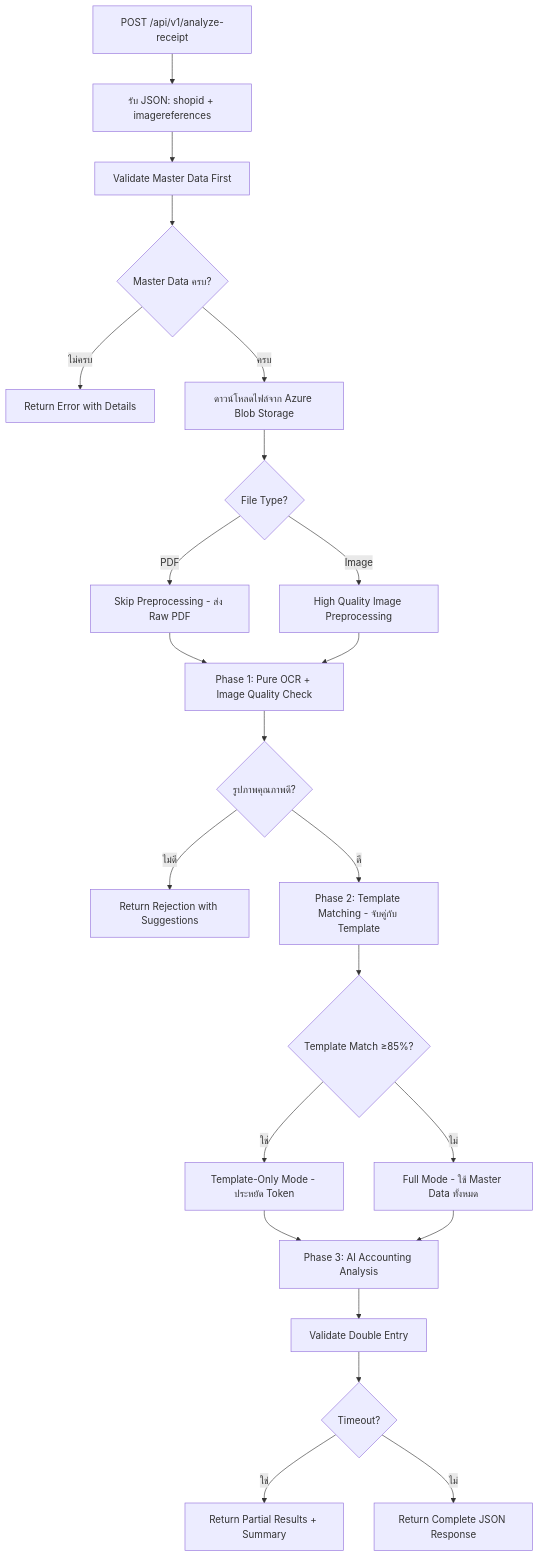
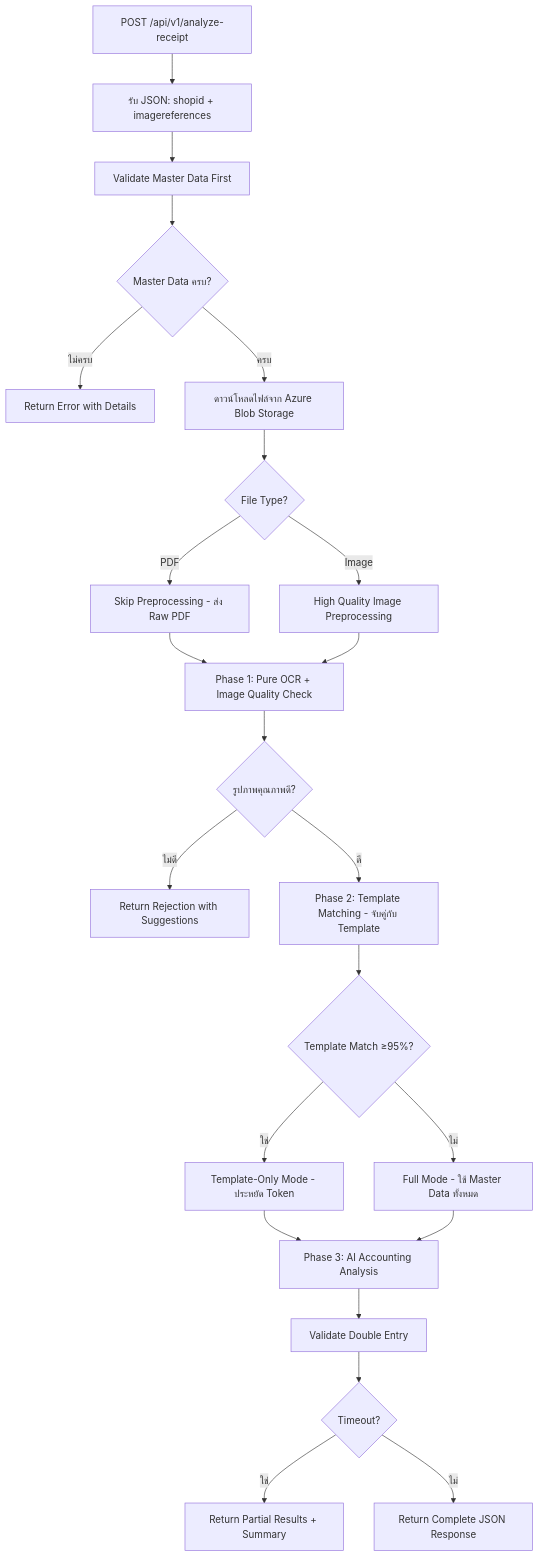
The first of 2 diagrams in docs/SYSTEM_DESIGN.md (bosocmputer/account_ocr_gemini), drawn with Mermaid before and after one commit. The commit also changed other lines of this file and 14 other files, not shown here.

First line of the commit message:
Raise template match threshold to 95% and update docs

````diff
--- a/docs/SYSTEM_DESIGN.md
+++ b/docs/SYSTEM_DESIGN.md
@@ -11,25 +11,25 @@
 ```mermaid
 flowchart TD
     A[POST /api/v1/analyze-receipt] --> B[รับ JSON: shopid + imagereferences]
     B --> C[Validate Master Data First]
     C --> D{Master Data ครบ?}
     D -->|ไม่ครบ| E[Return Error with Details]
     D -->|ครบ| F[ดาวน์โหลดไฟล์จาก Azure Blob Storage]
     F --> F1{File Type?}
     F1 -->|PDF| F2[Skip Preprocessing - ส่ง Raw PDF]
     F1 -->|Image| F3[High Quality Image Preprocessing]
     F2 --> G[Phase 1: Pure OCR + Quality Check]
     F3 --> G[Phase 1: Pure OCR + Image Quality Check]
     G --> H{รูปภาพคุณภาพดี?}
     H -->|ไม่ดี| I[Return Rejection with Suggestions]
     H -->|ดี| J[Phase 2: Template Matching - จับคู่กับ Template]
-    J --> K{Template Match ≥85%?}
+    J --> K{Template Match ≥95%?}
     K -->|ใช่| L[Template-Only Mode - ประหยัด Token]
     K -->|ไม่| M[Full Mode - ใช้ Master Data ทั้งหมด]
     L --> N[Phase 3: AI Accounting Analysis]
     M --> N
     N --> O[Validate Double Entry]
     O --> P{Timeout?}
     P -->|ใช่| Q[Return Partial Results + Summary]
     P -->|ไม่| R[Return Complete JSON Response]
 ```
````
